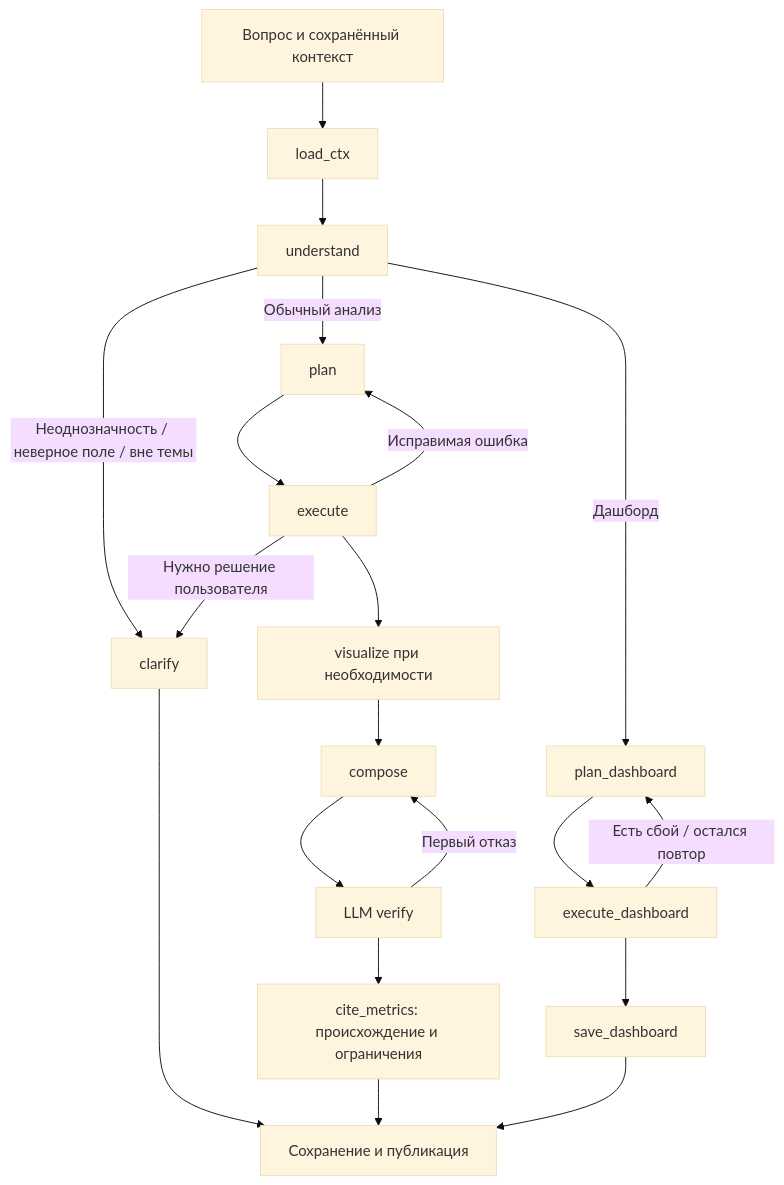
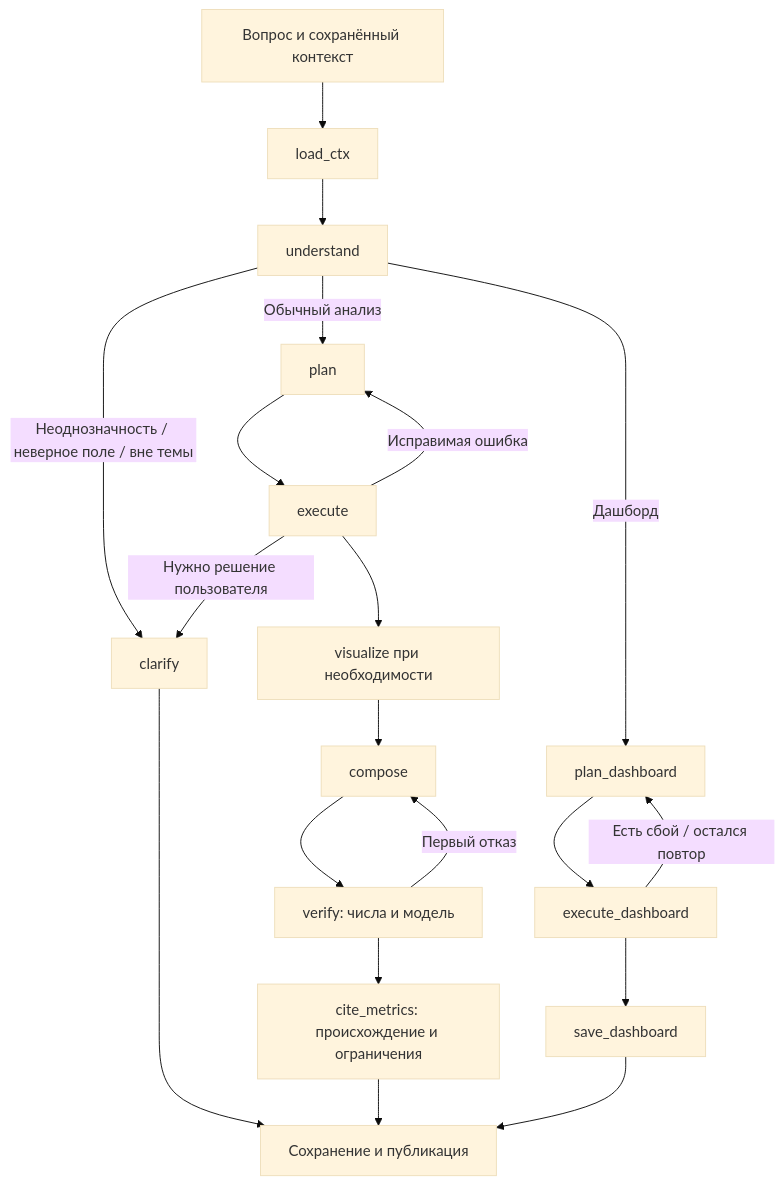
The diagram in docs/agent.md (Polozhentsev-Ivan/DjedAI), drawn with Mermaid (base theme) before and after one commit. The commit also changed other lines of this file and 18 other files, not shown here.

````diff
--- a/docs/agent.md
+++ b/docs/agent.md
@@ -9,22 +9,22 @@
 ```mermaid
 flowchart TD
     S[Вопрос и сохранённый контекст] --> L[load_ctx]
     L --> U[understand]
     U -->|Неоднозначность / неверное поле / вне темы| C[clarify]
     U -->|Обычный анализ| P[plan]
     P --> X[execute]
     X -->|Исправимая ошибка| P
     X -->|Нужно решение пользователя| C
     X --> V[visualize при необходимости]
     V --> O[compose]
-    O --> F[LLM verify]
+    O --> F[verify: числа и модель]
     F -->|Первый отказ| O
     F --> N[cite_metrics: происхождение и ограничения]
     U -->|Дашборд| DP[plan_dashboard]
     DP --> DX[execute_dashboard]
     DX -->|Есть сбой / остался повтор| DP
     DX --> DS[save_dashboard]
     C --> E[Сохранение и публикация]
     N --> E
     DS --> E
 ```
````
